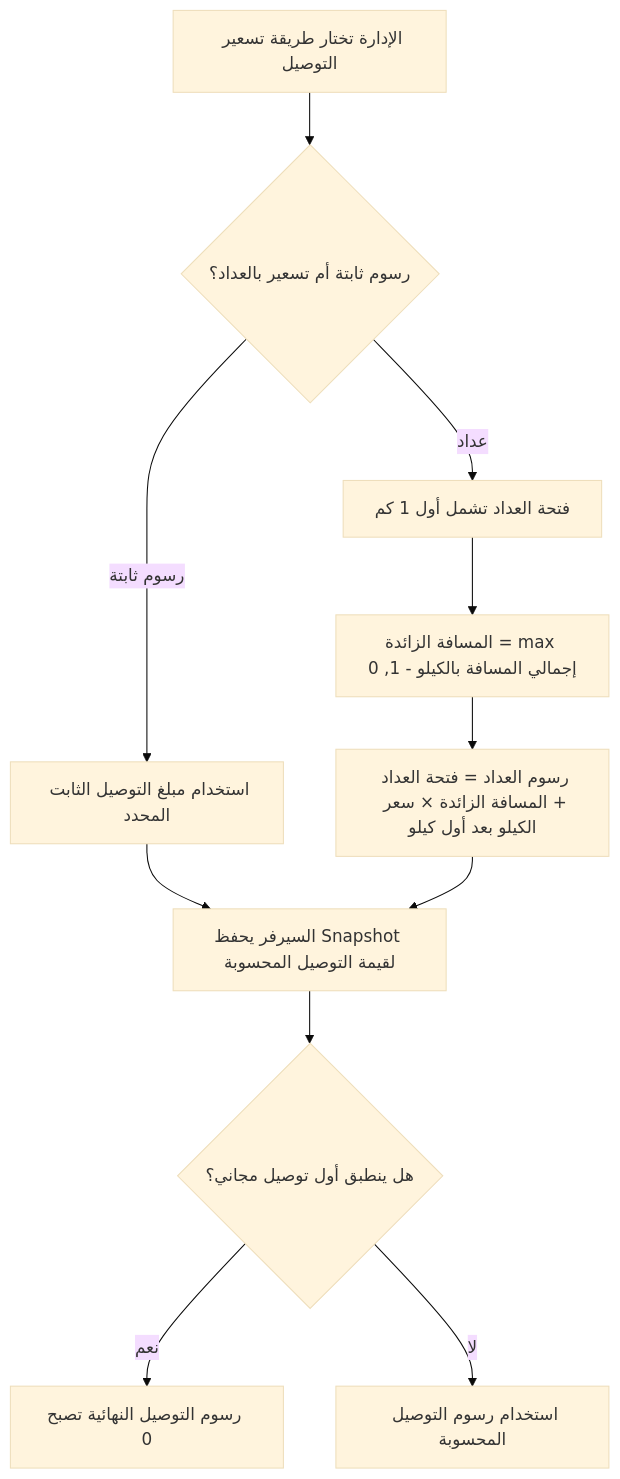
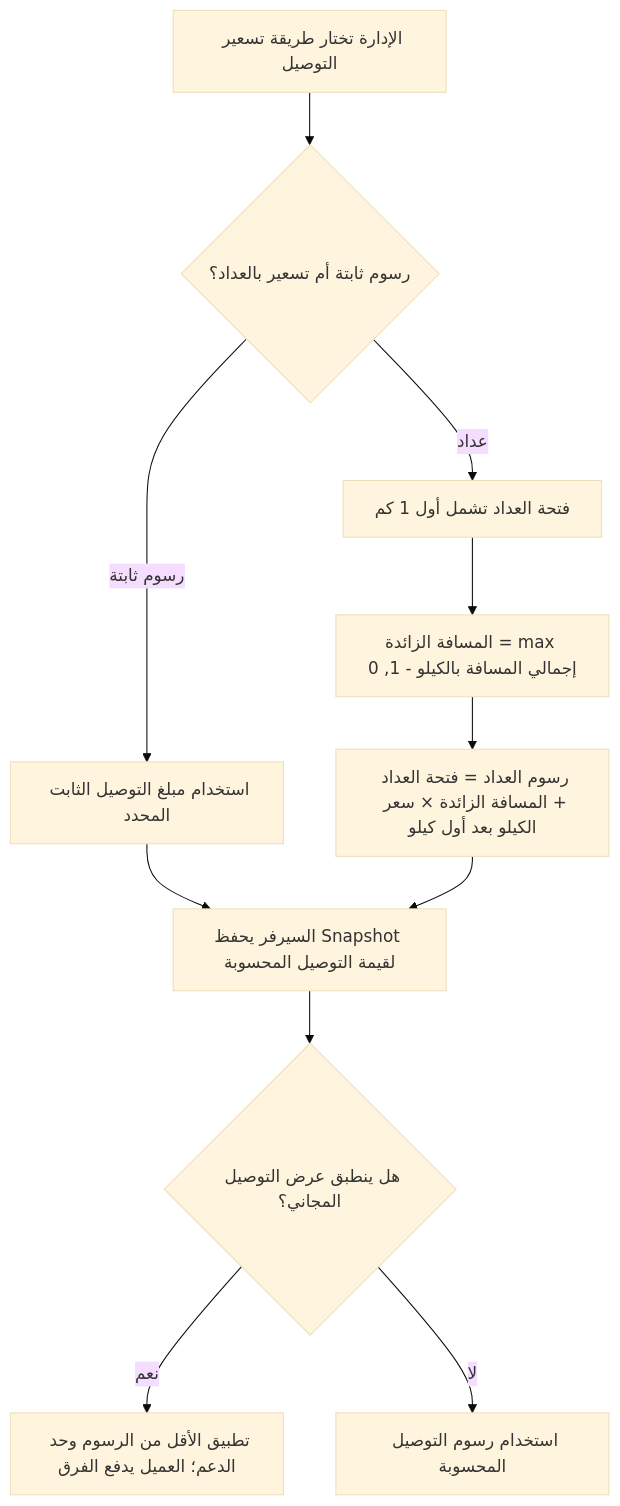
The third of 6 diagrams in yalla.halan.docs/PRD_AR.md (ziadelsayed2004/codzhub.projects), drawn with Mermaid (base theme) before and after one commit. The commit also changed other lines of this file and 1 other file, not shown here.

````diff
--- a/yalla.halan.docs/PRD_AR.md
+++ b/yalla.halan.docs/PRD_AR.md
@@ -813,13 +835,13 @@
 ```mermaid
 flowchart TD
     A["الإدارة تختار طريقة تسعير التوصيل"] --> B{"رسوم ثابتة أم تسعير بالعداد؟"}
     B -- "رسوم ثابتة" --> C["استخدام مبلغ التوصيل الثابت المحدد"]
     B -- "عداد" --> D["فتحة العداد تشمل أول 1 كم"]
     D --> E["المسافة الزائدة = max إجمالي المسافة بالكيلو - 1, 0"]
     E --> F["رسوم العداد = فتحة العداد + المسافة الزائدة × سعر الكيلو بعد أول كيلو"]
     C --> G["السيرفر يحفظ Snapshot لقيمة التوصيل المحسوبة"]
     F --> G
-    G --> H{"هل ينطبق أول توصيل مجاني؟"}
-    H -- "نعم" --> I["رسوم التوصيل النهائية تصبح 0"]
+    G --> H{"هل ينطبق عرض التوصيل المجاني؟"}
+    H -- "نعم" --> I["تطبيق الأقل من الرسوم وحد الدعم؛ العميل يدفع الفرق"]
     H -- "لا" --> J["استخدام رسوم التوصيل المحسوبة"]
 ```
````
